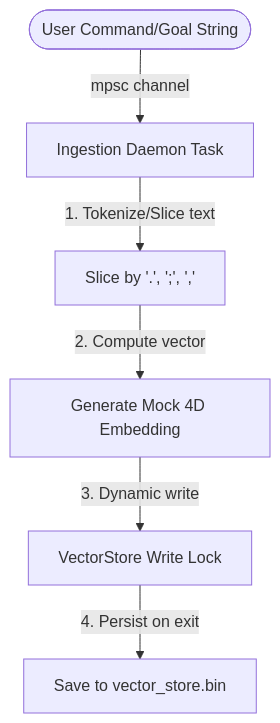
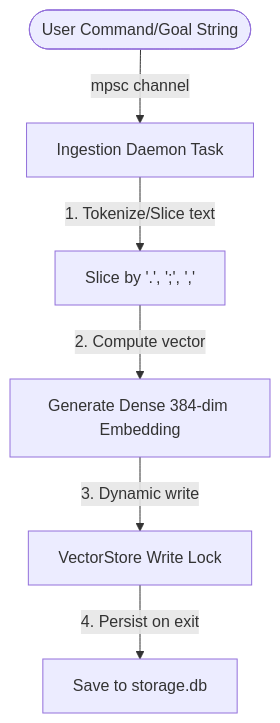
One commit to trooper2013/octos changed the diagram in PERSISTENCE.md. Above: the diagram before and after it, drawn with Mermaid. The commit also changed other lines of this file, not shown here.

Commit message:
docs: Update PERSISTENCE.md for 384-dimensional vector database model

````diff
--- a/PERSISTENCE.md
+++ b/PERSISTENCE.md
@@ -28,13 +28,13 @@
 ```mermaid
 flowchart TD
     UserInput([User Command/Goal String])
     Daemon[Ingestion Daemon Task]
     VFS_Write[VectorStore Write Lock]
-    Disk[Save to vector_store.bin]
+    Disk[Save to storage.db]
 
     UserInput -->|mpsc channel| Daemon
     Daemon -->|1. Tokenize/Slice text| Chunk[Slice by '.', ';', ',']
-    Chunk -->|2. Compute vector| Embed[Generate Mock 4D Embedding]
+    Chunk -->|2. Compute vector| Embed[Generate Dense 384-dim Embedding]
     Embed -->|3. Dynamic write| VFS_Write
     VFS_Write -->|4. Persist on exit| Disk
 ```
````
